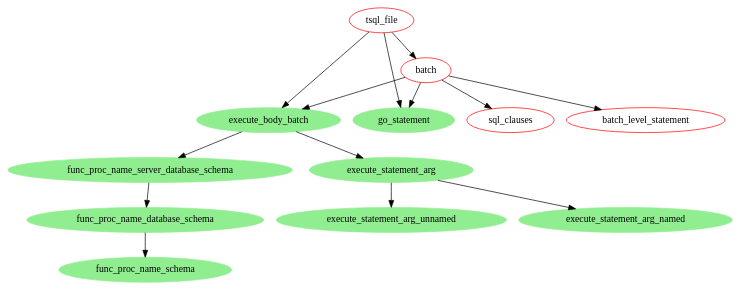
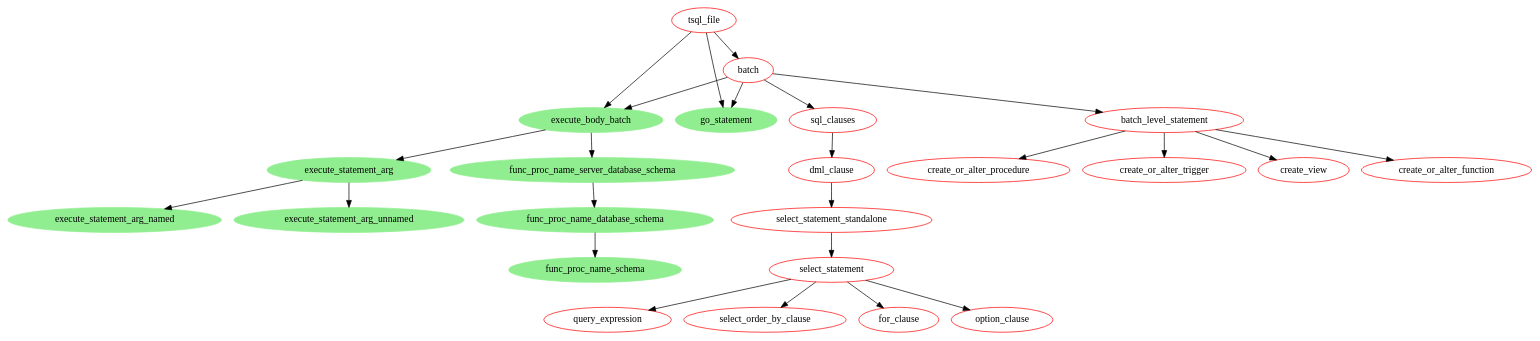
The diagram in docs/roadmap/build/roadmap.dot (Crary-Systems/tree-sitter-tsql), drawn with Graphviz before and after one commit. The commit also changed 13 other files, not shown here.

Commit message:
Add roadmap work

```diff
--- a/docs/roadmap/build/roadmap.dot
+++ b/docs/roadmap/build/roadmap.dot
@@ -1,99 +1,152 @@
 digraph Roadmap {
   node [color=red]
 
   
   subgraph {
   tsql_file
     [URL="https://github.com/Crary-Systems/tree-sitter-tsql/blob/main/grammar.js#L46"]
 
   tsql_file -> batch
   tsql_file -> execute_body_batch
   tsql_file -> go_statement
 }
 
   subgraph {
   batch
     [URL="https://github.com/Crary-Systems/tree-sitter-tsql/blob/main/grammar.js#L51"]
 
   batch -> go_statement;
   batch -> execute_body_batch;
 
   batch -> sql_clauses;
   batch -> batch_level_statement;
 }
 
   subgraph {
   execute_body_batch
     [style=filled
     ,color=lightgreen
     ,URL="https://github.com/Crary-Systems/tree-sitter-tsql/blob/main/test/corpus/batch.txt#L74"]
 
   execute_body_batch -> func_proc_name_server_database_schema
   execute_body_batch -> execute_statement_arg
 }
 
   subgraph {
   go_statement [style=filled, color=lightgreen, URL="https://github.com/Crary-Systems/tree-sitter-tsql/blob/main/test/corpus/go.txt"]
 }
 
   subgraph {
   execute_statement_arg
     [style=filled
     ,color=lightgreen
     ,URL="https://github.com/Crary-Systems/tree-sitter-tsql/blob/main/test/corpus/execute_statement_arg.txt"]
 
   execute_statement_arg -> execute_statement_arg_named
   execute_statement_arg -> execute_statement_arg_unnamed
 }
 
   subgraph {
   execute_statement_arg_named
     [style=filled
     ,color=lightgreen
     ,URL="https://github.com/Crary-Systems/tree-sitter-tsql/blob/main/test/corpus/execute_statement_arg.txt#L2"]
 }
 
   subgraph {
   execute_statement_arg_unnamed
     [style=filled
     ,color=lightgreen
     ,URL="https://github.com/Crary-Systems/tree-sitter-tsql/blob/main/test/corpus/execute_statement_arg.txt#L42"]
 }
 
   subgraph {
   func_proc_name_server_database_schema
     [style=filled
     ,color=lightgreen
     ,URL="https://github.com/Crary-Systems/tree-sitter-tsql/blob/main/test/corpus/func_proc_name_server_database_schema.txt"]
 
   func_proc_name_server_database_schema -> func_proc_name_database_schema
 }
 
   subgraph {
   func_proc_name_database_schema
     [style=filled
     ,color=lightgreen
     ,URL="https://github.com/Crary-Systems/tree-sitter-tsql/blob/main/test/corpus/func_proc_name_server_database_schema.txt"]
 
   func_proc_name_database_schema -> func_proc_name_schema
 }
 
   subgraph {
   func_proc_name_schema
     [style=filled
     ,color=lightgreen
     ,URL="https://github.com/Crary-Systems/tree-sitter-tsql/blob/main/test/corpus/func_proc_name_server_database_schema.txt"]
 }
 
 
+  ## TODO
   subgraph {
   sql_clauses
-    [URL="https://github.com/Crary-Systems/tree-sitter-tsql/blob/main/grammar.js#L118"]
+    [URL="https://github.com/Crary-Systems/tree-sitter-tsql/blob/4dda5f0b2a1d0c921fa68dff7fd5ffdb39467df3/grammar.js#L118-L122"]
+
+  sql_clauses -> dml_clause
 }
+
+  subgraph {
+  dml_clause
+    [URL="https://github.com/Crary-Systems/tree-sitter-tsql/blob/4dda5f0b2a1d0c921fa68dff7fd5ffdb39467df3/grammar.js#L192-L195"]
+
+  dml_clause -> select_statement_standalone
+}
+
+  subgraph {
+  select_statement_standalone
+    [URL="https://github.com/Crary-Systems/tree-sitter-tsql/blob/4dda5f0b2a1d0c921fa68dff7fd5ffdb39467df3/grammar.js#L197-L200"]
+
+  select_statement_standalone -> select_statement
+}
+
+  subgraph {
+  select_statement
+
+  select_statement -> query_expression
+
+  ##TODO
+  select_statement -> select_order_by_clause
+  select_statement -> for_clause
+  select_statement -> option_clause
+}
+
+  subgraph {
+  query_expression
+    [URL="https://github.com/Crary-Systems/tree-sitter-tsql/blob/main/grammar.js#L208-L211"]
+}
+
+  subgraph {
+  for_clause
+}
+
+  subgraph {
+  option_clause
+}
+
+  subgraph {
+  select_order_by_clause
+}
+
+
 
   subgraph {
   batch_level_statement
     [URL="https://github.com/Crary-Systems/tree-sitter-tsql/blob/main/grammar.js#L116"]
+
+  //TODO ROADMAP
+  batch_level_statement -> create_or_alter_function
+  batch_level_statement -> create_or_alter_procedure
+  batch_level_statement -> create_or_alter_trigger
+  batch_level_statement -> create_view
 }
 
 }
```
